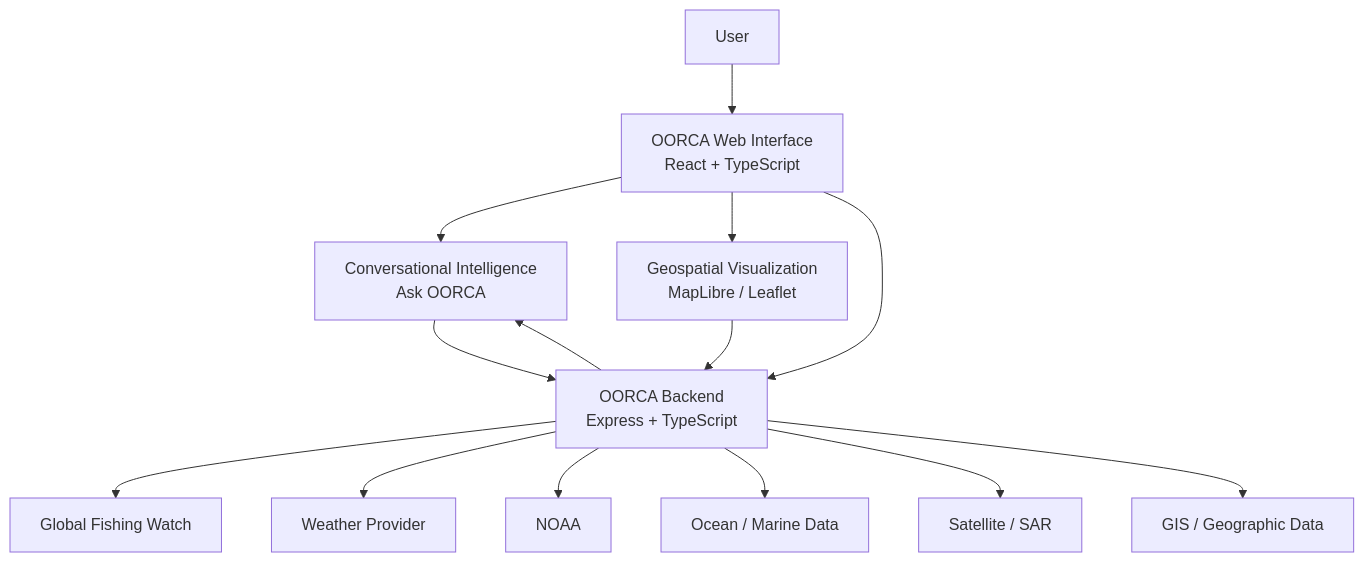
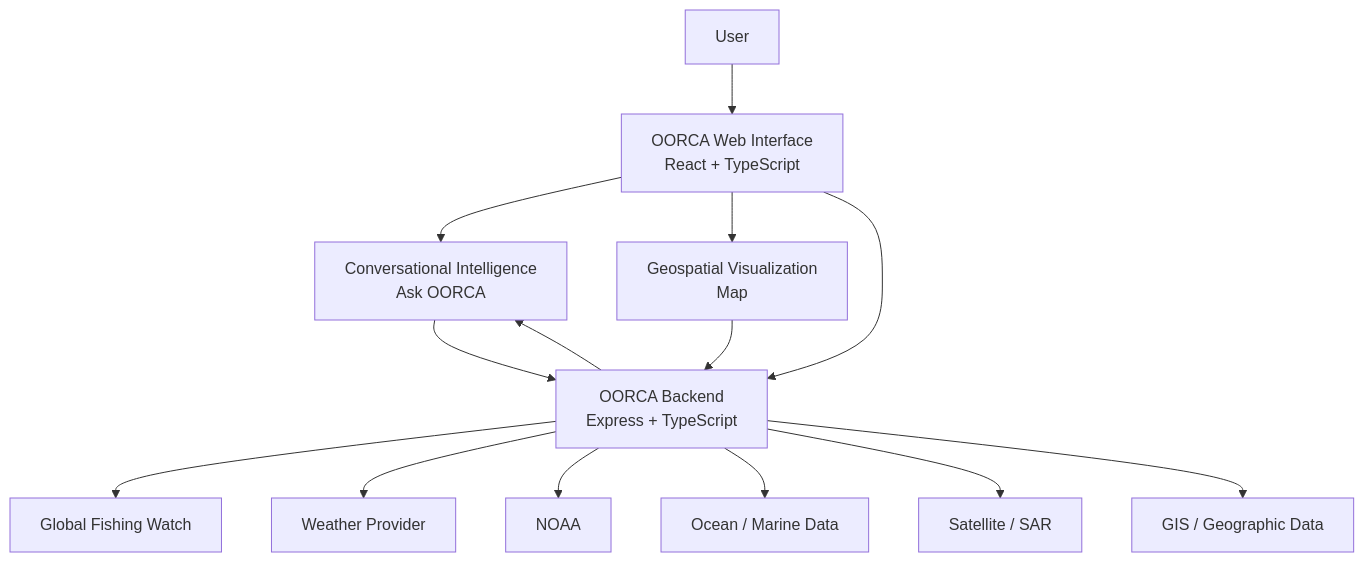
Before and after one commit to Noxzi59/oorca_v0: the diagram in README.md, drawn with Mermaid. The commit also changed other lines of this file, not shown here.

````diff
--- a/README.md
+++ b/README.md
@@ -550,38 +481,38 @@
-``` mermaid
+```mermaid
 flowchart TB
 
     U["User"]
 
     UI["OORCA Web Interface<br/>React + TypeScript"]
 
     AI["Conversational Intelligence<br/>Ask OORCA"]
 
-    MAP["Geospatial Visualization<br/>MapLibre / Leaflet"]
+    MAP["Geospatial Visualization<br/>Map"]
 
     API["OORCA Backend<br/>Express + TypeScript"]
 
     GFW["Global Fishing Watch"]
     WX["Weather Provider"]
     NOAA["NOAA"]
     OCEAN["Ocean / Marine Data"]
     SAT["Satellite / SAR"]
     GIS["GIS / Geographic Data"]
 
     U --> UI
 
     UI --> AI
     UI --> MAP
     UI --> API
 
     API --> GFW
     API --> WX
     API --> NOAA
     API --> OCEAN
     API --> SAT
     API --> GIS
 
     AI --> API
     API --> AI
 
     MAP --> API
 ```
````
